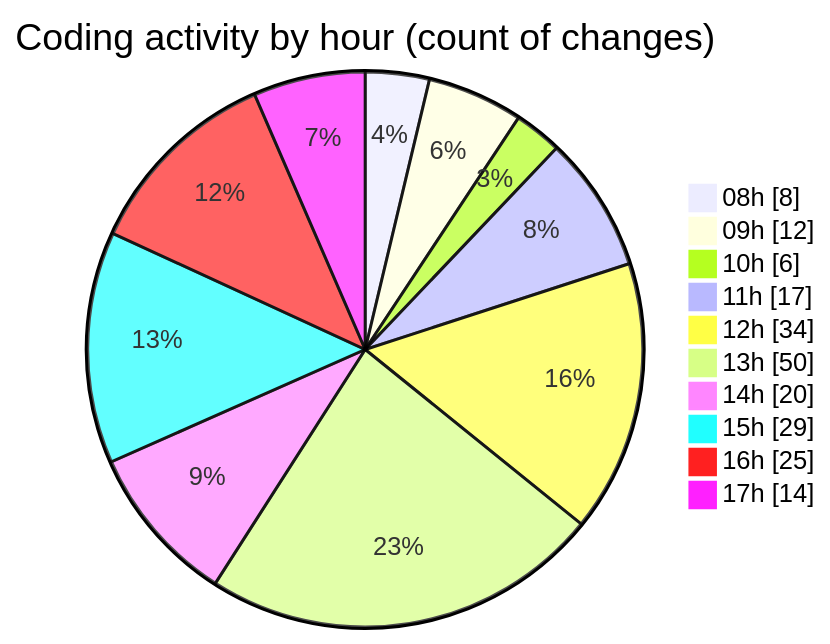
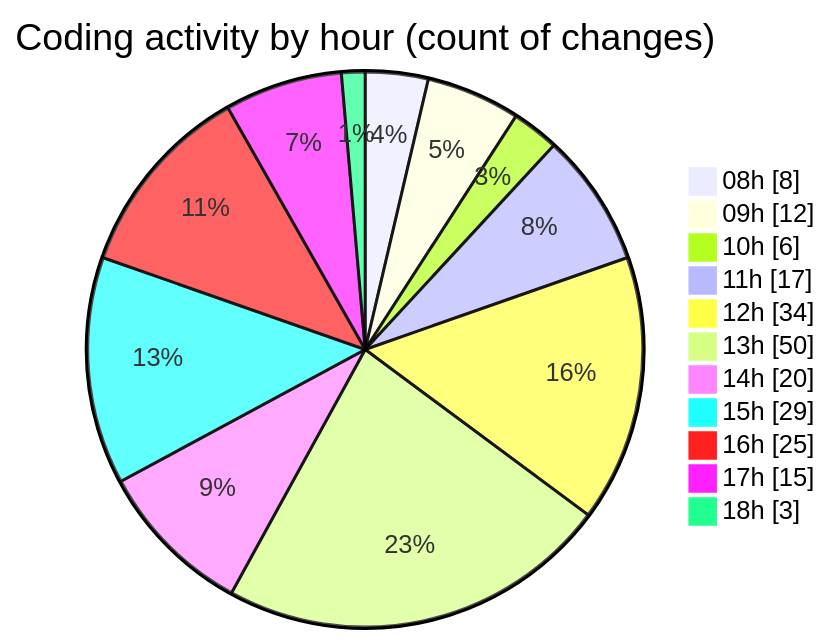
Before and after one commit to momahboobian/code-tracking: the second of 2 diagrams in 2025-09-15/cda/README.md, drawn with Mermaid. The commit also changed other lines of this file and 1 other file, not shown here.

````diff
--- a/2025-09-15/cda/README.md
+++ b/2025-09-15/cda/README.md
@@ -36,14 +36,15 @@
 ```mermaid
 pie showData
 title Coding activity by hour (count of changes)
 "08h" : 8
 "09h" : 12
 "10h" : 6
 "11h" : 17
 "12h" : 34
 "13h" : 50
 "14h" : 20
 "15h" : 29
 "16h" : 25
-"17h" : 14
+"17h" : 15
+"18h" : 3
 ```
````
